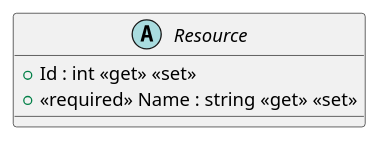
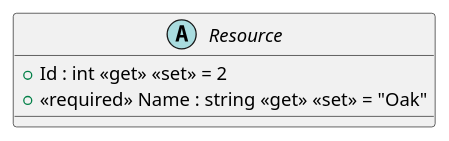
Before and after one commit to kollibroman/ColonySimulator: the diagram in UmlSchemas/Models/Resources/Resource.puml, drawn with PlantUML. The commit also changed 20 other files, not shown here.

Commit message:
Change object schema and add startup class

```diff
--- a/UmlSchemas/Models/Resources/Resource.puml
+++ b/UmlSchemas/Models/Resources/Resource.puml
@@ -1,6 +1,6 @@
 @startuml
 abstract class Resource {
-    + Id : int <<get>> <<set>>
-    + <<required>> Name : string <<get>> <<set>>
+    + Id : int <<get>> <<set>> = 2
+    + <<required>> Name : string <<get>> <<set>> = "Oak"
 }
 @enduml
```
